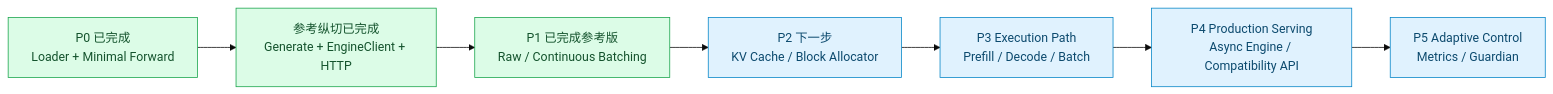
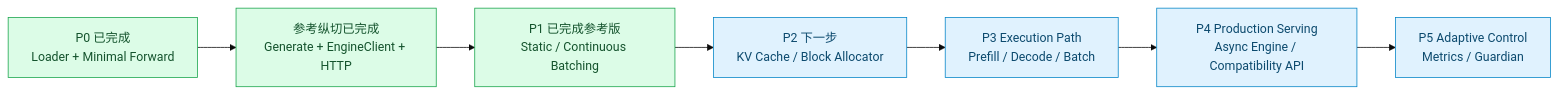
One commit to poorpaper/light-vllm changed the sixth of 11 diagrams in docs/design.md. Above: the diagram before and after it, drawn with Mermaid (base theme). The commit also changed other lines of this file and 15 other files, not shown here.

Commit message:
refactor: clarify full-sequence batching names

````diff
--- a/docs/design.md
+++ b/docs/design.md
@@ -253,14 +254,14 @@
 ```mermaid
 flowchart LR
     P0["P0 已完成<br/>Loader + Minimal Forward"] --> Slice["参考纵切已完成<br/>Generate + EngineClient + HTTP"]
-    Slice --> P1["P1 已完成参考版<br/>Raw / Continuous Batching"]
+    Slice --> P1["P1 已完成参考版<br/>Static / Continuous Batching"]
     P1 --> P2["P2 下一步<br/>KV Cache / Block Allocator"]
     P2 --> P3["P3 Execution Path<br/>Prefill / Decode / Batch"]
     P3 --> P4["P4 Production Serving<br/>Async Engine / Compatibility API"]
     P4 --> P5["P5 Adaptive Control<br/>Metrics / Guardian"]
 
     classDef done fill:#dcfce7,stroke:#16a34a,color:#14532d;
     classDef next fill:#e0f2fe,stroke:#0284c7,color:#0c4a6e;
     class P0,Slice,P1 done;
     class P2,P3,P4,P5 next;
 ```
````
